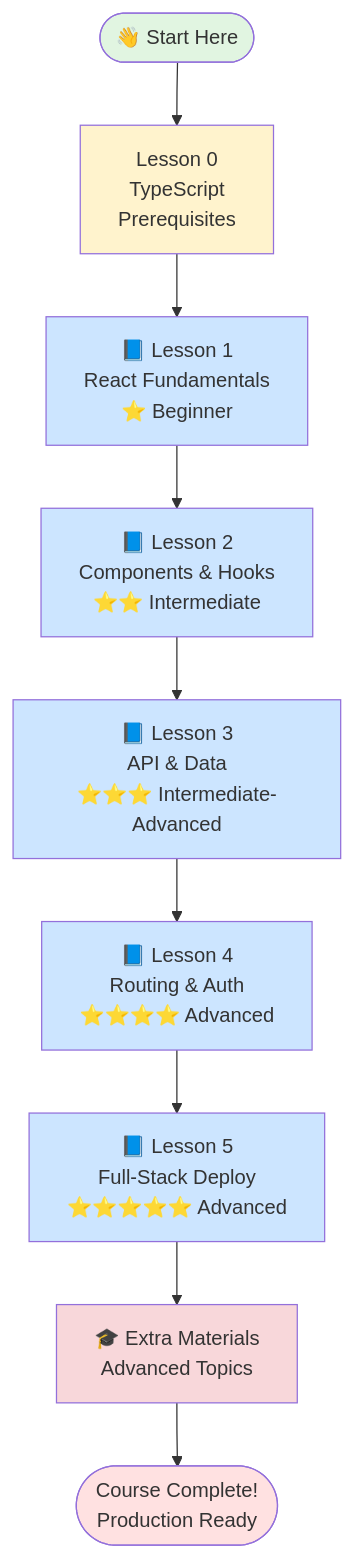
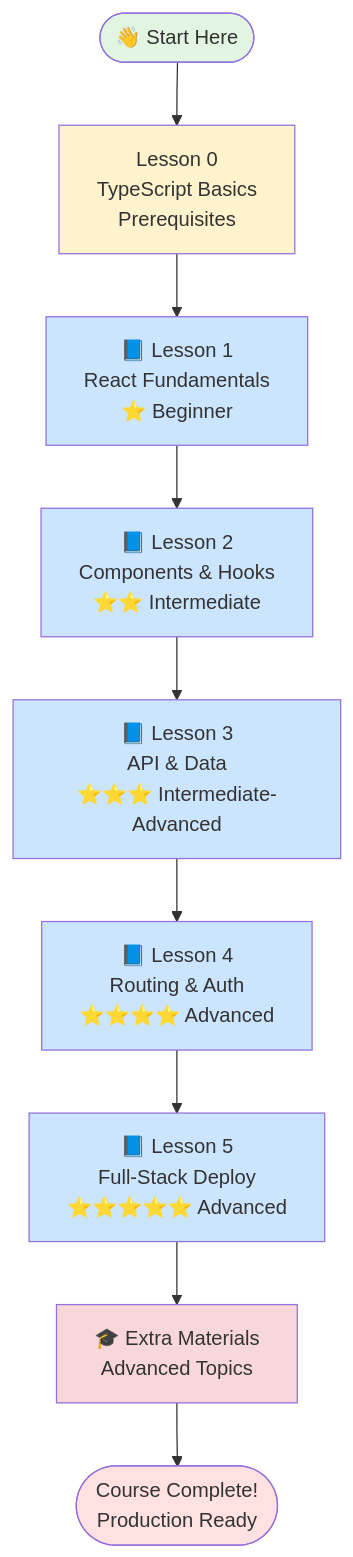
Before and after one commit to longndt/react-course: the first of 8 diagrams in diagrams/course_roadmap.md, drawn with Mermaid. The commit also changed other lines of this file and 32 other files, not shown here.

````diff
--- a/diagrams/course_roadmap.md
+++ b/diagrams/course_roadmap.md
@@ -7,28 +7,28 @@
 ```mermaid
 graph TB
-    Start([👋 Start Here]) --> L0[Lesson 0<br/>TypeScript<br/>Prerequisites]
+    Start([👋 Start Here]) --> L0[Lesson 0<br/>TypeScript Basics<br/>Prerequisites]
 
     L0 --> L1[📘 Lesson 1<br/>React Fundamentals<br/>⭐ Beginner]
 
     L1 --> L2[📘 Lesson 2<br/>Components & Hooks<br/>⭐⭐ Intermediate]
 
     L2 --> L3[📘 Lesson 3<br/>API & Data<br/>⭐⭐⭐ Intermediate-Advanced]
 
     L3 --> L4[📘 Lesson 4<br/>Routing & Auth<br/>⭐⭐⭐⭐ Advanced]
 
     L4 --> L5[📘 Lesson 5<br/>Full-Stack Deploy<br/>⭐⭐⭐⭐⭐ Advanced]
 
     L5 --> Extras[🎓 Extra Materials<br/>Advanced Topics]
 
     Extras --> Complete([Course Complete!<br/>Production Ready])
 
     style Start fill:#e1f5e1
     style Complete fill:#ffe1e1
     style L0 fill:#fff3cd
     style L1 fill:#cce5ff
     style L2 fill:#cce5ff
     style L3 fill:#cce5ff
     style L4 fill:#cce5ff
     style L5 fill:#cce5ff
     style Extras fill:#f8d7da
 ```
````
